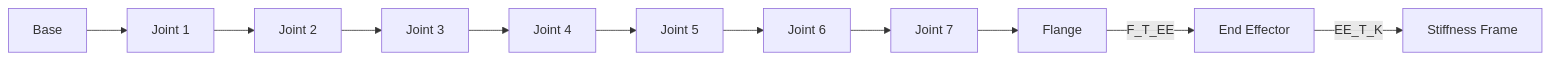
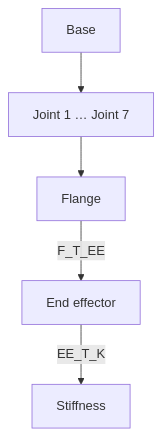
One commit to ColeTen/franka-rs changed the diagram in docs/src/modules/model.md. Above: the diagram before and after it, drawn with Mermaid. The commit also changed other lines of this file and 28 other files, not shown here.

````diff
--- a/docs/src/modules/model.md
+++ b/docs/src/modules/model.md
@@ -53,6 +38,6 @@
 ```mermaid
-flowchart LR
-    BASE["Base"] --> J1["Joint 1"] --> J2["Joint 2"] --> J3["Joint 3"] --> J4["Joint 4"] --> J5["Joint 5"] --> J6["Joint 6"] --> J7["Joint 7"] --> FL["Flange"]
-    FL -->|"F_T_EE"| EE["End Effector"]
-    EE -->|"EE_T_K"| K["Stiffness Frame"]
+flowchart TB
+    B["Base"] --> J["Joint 1 … Joint 7"] --> F["Flange"]
+    F -- "F_T_EE" --> E["End effector"]
+    E -- "EE_T_K" --> K["Stiffness"]
 ```
````
